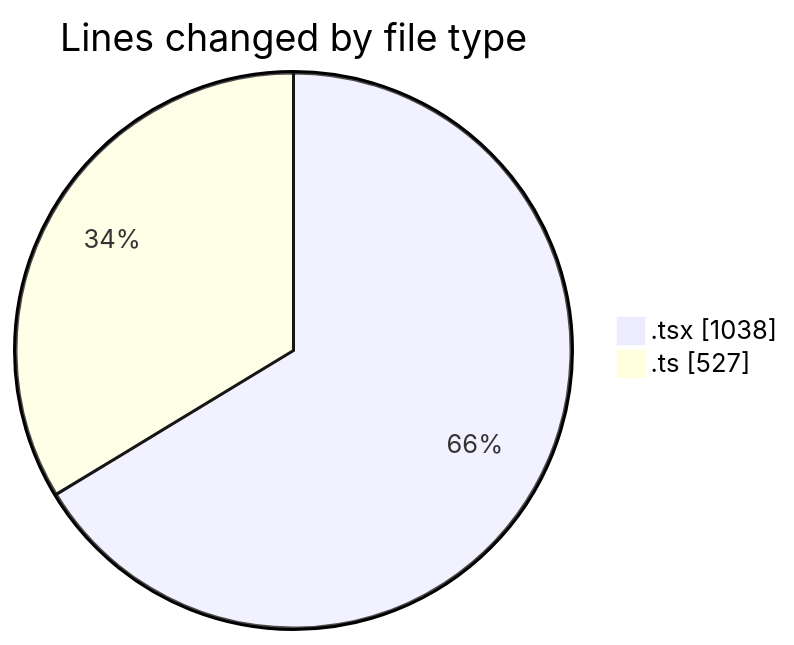
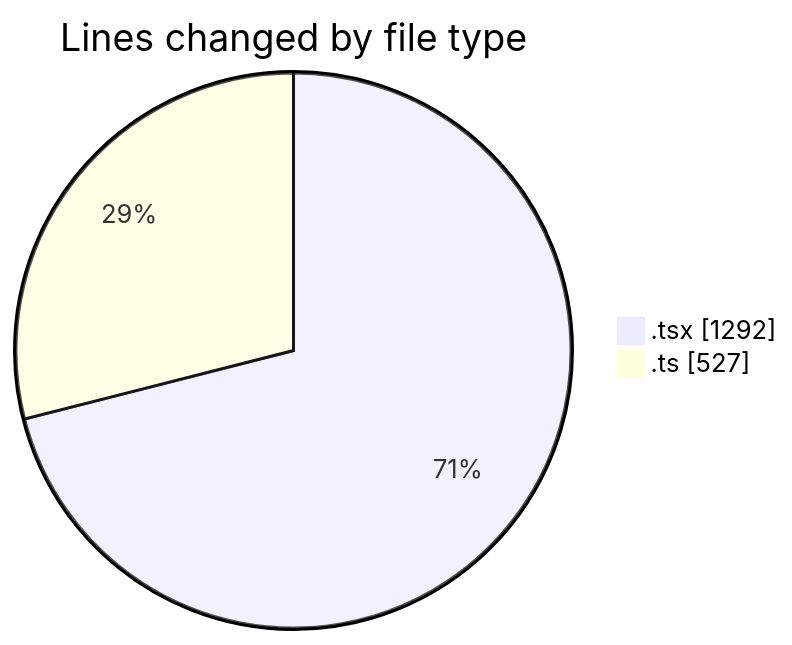
Before and after one commit to nxtqubesakshisongat/code-tracking: the first of 2 diagrams in 2026-05-12/nxtqube_webapp/README.md, drawn with Mermaid. The commit also changed other lines of this file and 1 other file, not shown here.

````diff
--- a/2026-05-12/nxtqube_webapp/README.md
+++ b/2026-05-12/nxtqube_webapp/README.md
@@ -21,6 +22,6 @@
 ```mermaid
 pie showData
 title Lines changed by file type
-".tsx" : 1038
+".tsx" : 1292
 ".ts" : 527
 ```
````
